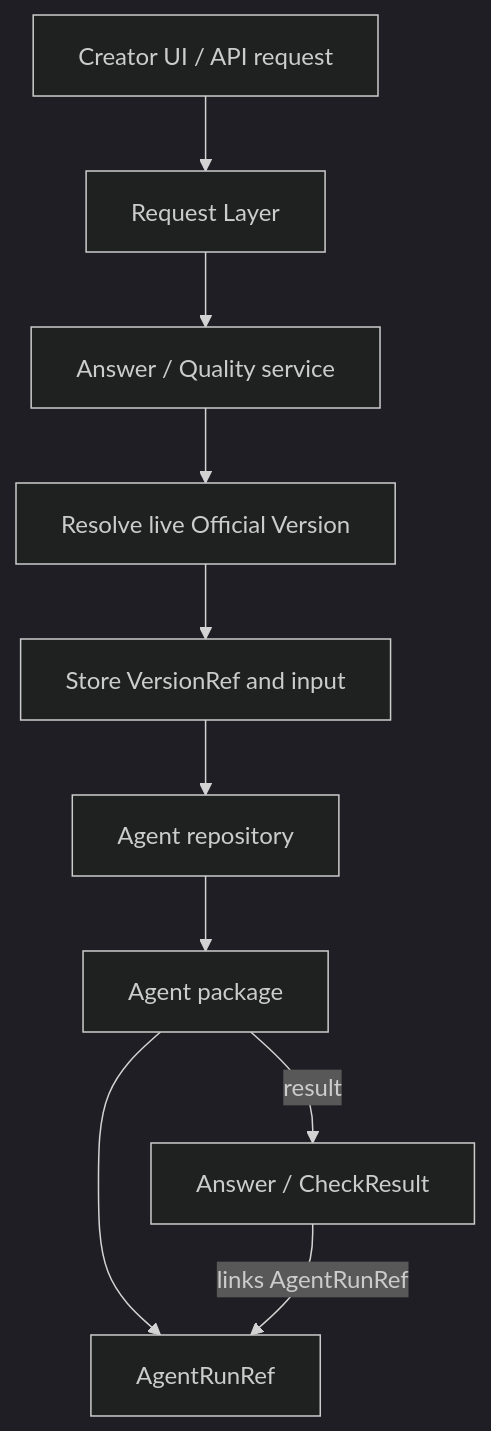
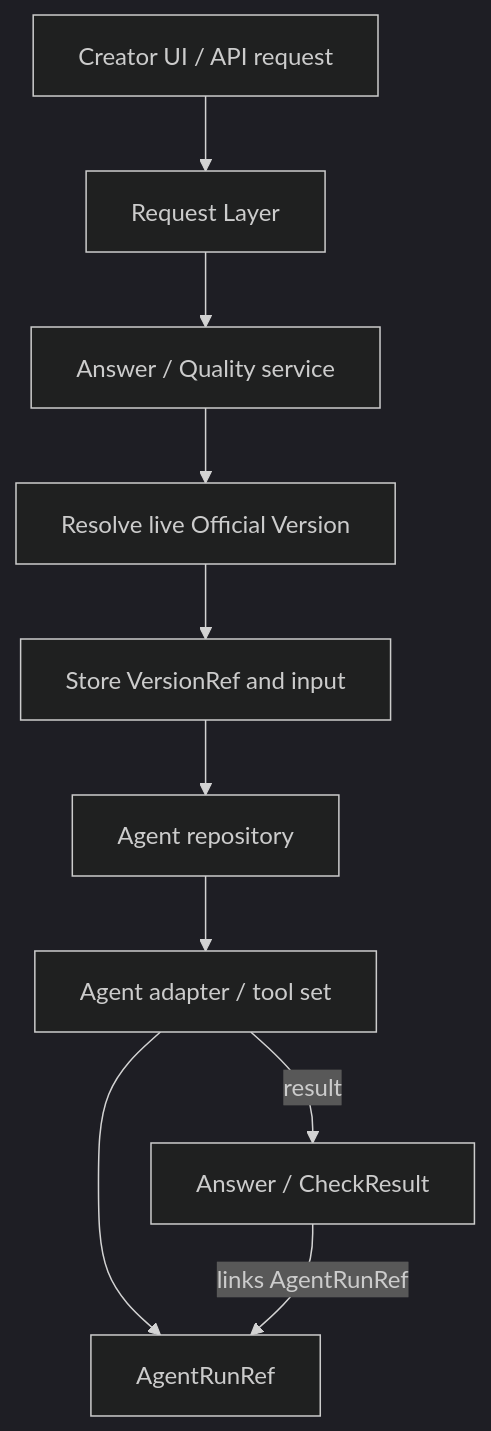
The eighth of 8 diagrams in docs/05-system-architecture.md (ewoooo/living-brand-system), drawn with Mermaid (dark theme) before and after one commit. The commit also changed other lines of this file and 4 other files, not shown here.

````diff
--- a/docs/05-system-architecture.md
+++ b/docs/05-system-architecture.md
@@ -596,22 +596,22 @@
 ```mermaid
 flowchart TD
   A["Creator UI / API request"]
   B["Request Layer"]
   C["Answer / Quality service"]
   D["Resolve live Official Version"]
   E["Store VersionRef and input"]
   F["Agent repository"]
-  G["Agent package"]
+  G["Agent adapter / tool set"]
   H["AgentRunRef"]
   I["Answer / CheckResult"]
 
   A --> B
   B --> C
   C --> D
   D --> E
   E --> F
   F --> G
   G --> H
   G -->|"result"| I
   I -->|"links AgentRunRef"| H
 ```
````
